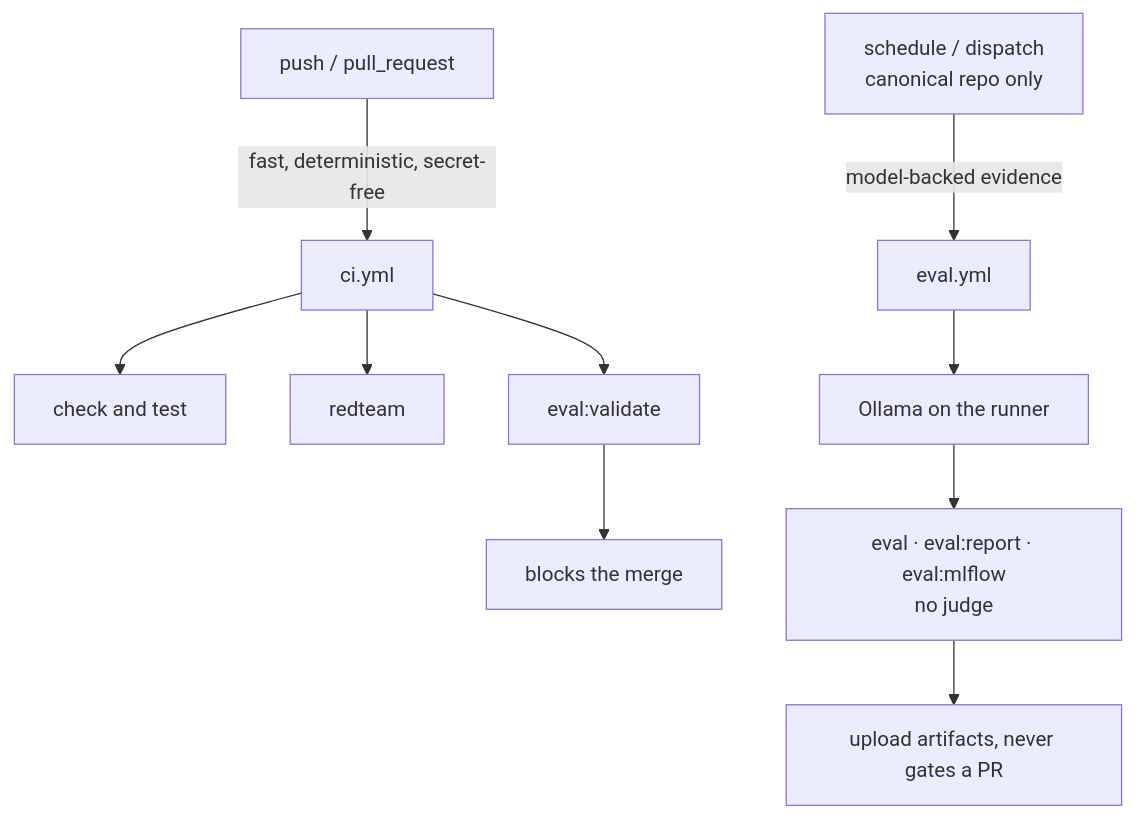
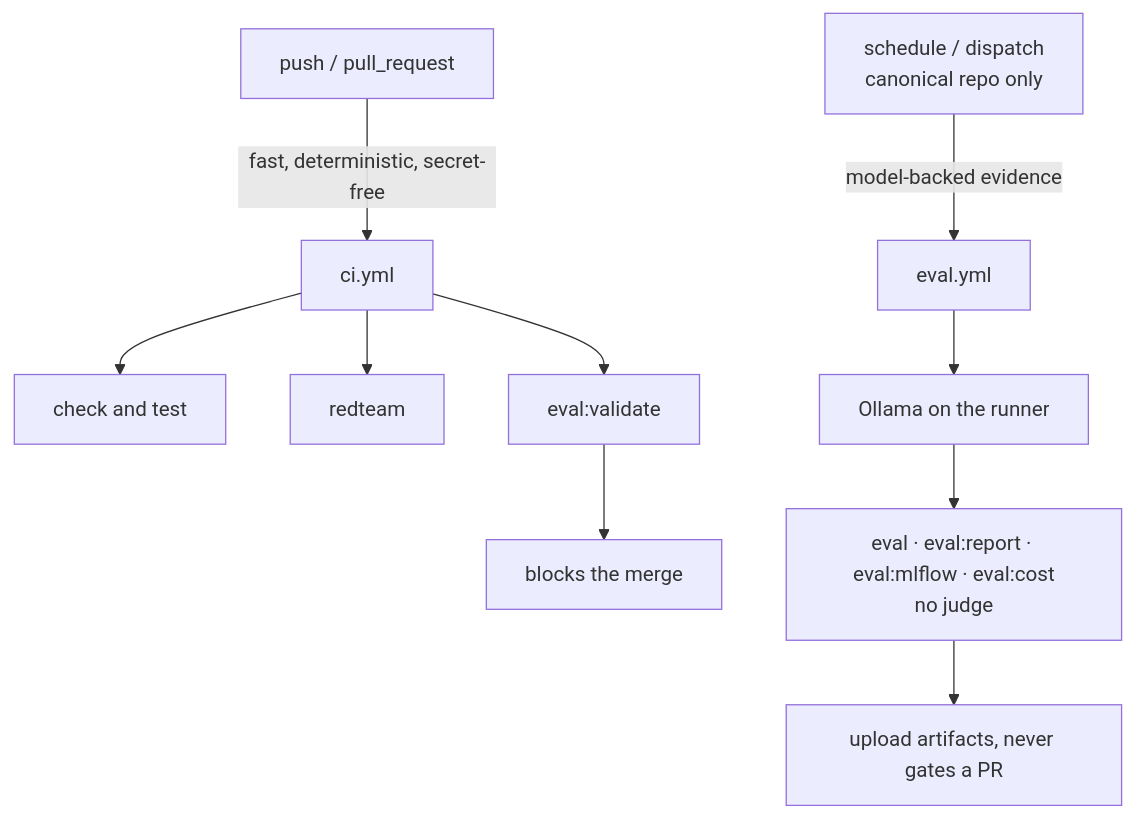
The fourth of 4 diagrams in docs/4. Quality/4.4. Evaluations.md (MLOps-Courses/agentops-open-course), drawn with Mermaid before and after one commit. The commit also changed other lines of this file and 28 other files, not shown here.

````diff
--- a/docs/4. Quality/4.4. Evaluations.md
+++ b/docs/4. Quality/4.4. Evaluations.md
@@ -249,12 +296,12 @@
 ```mermaid
 flowchart TD
     Push[push / pull_request] -->|fast, deterministic, secret-free| CI[ci.yml]
     CI --> Test[check and test]
     CI --> Redteam[redteam]
     CI --> Validate["eval:validate"]
     Validate --> Blocks[blocks the merge]
     Sched[schedule / dispatch<br/>canonical repo only] -->|model-backed evidence| Eval[eval.yml]
     Eval --> Ollama[Ollama on the runner]
-    Ollama --> Runs["eval · eval:report · eval:mlflow<br/>no judge"]
+    Ollama --> Runs["eval · eval:report · eval:mlflow · eval:cost<br/>no judge"]
     Runs --> Artifacts[upload artifacts, never gates a PR]
 ```
````
